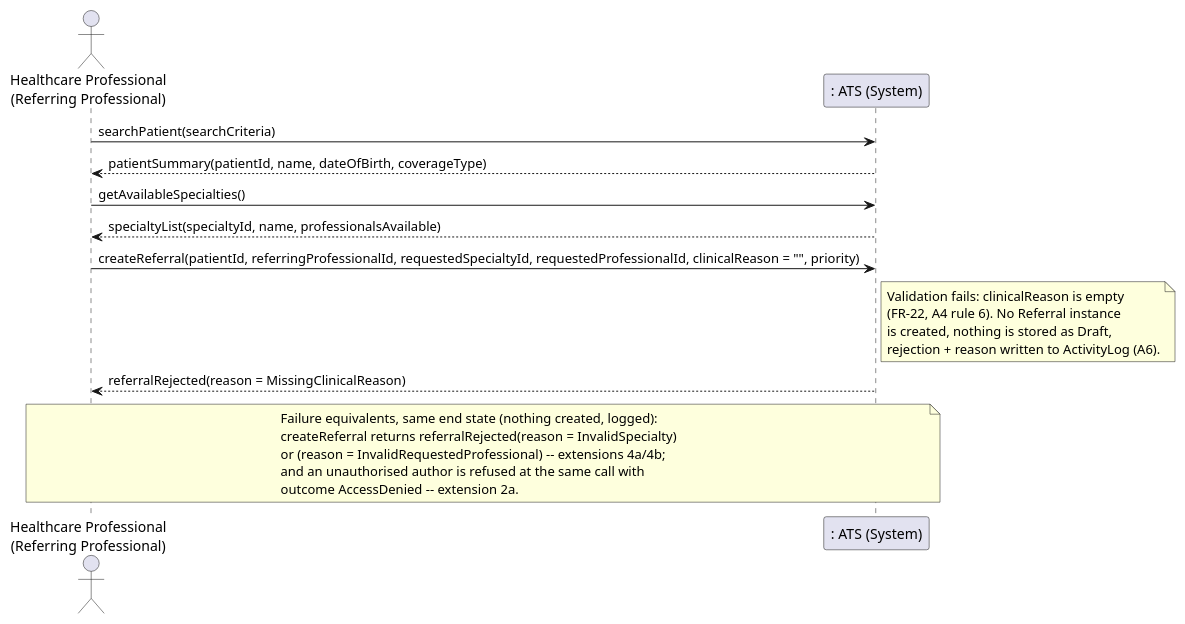
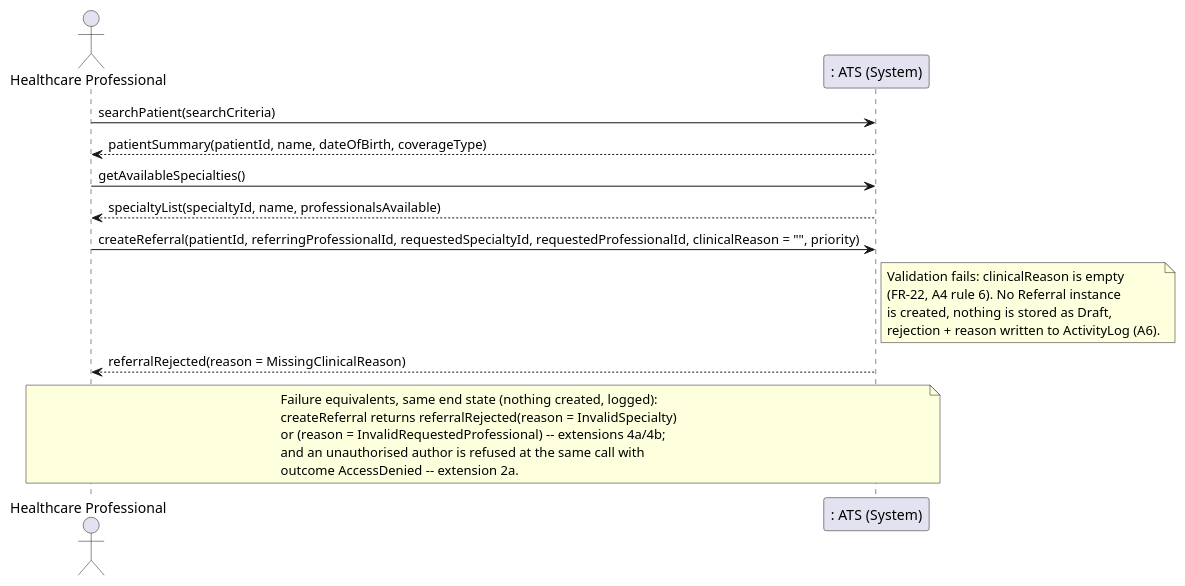
The second of 2 diagrams in reference-drafts/iteration-1/05-uc08-create-medical-referral.md (ArhamAkram/SOEN342-project), drawn with PlantUML before and after one commit. The commit also changed other lines of this file, not shown here.

````diff
--- a/reference-drafts/iteration-1/05-uc08-create-medical-referral.md
+++ b/reference-drafts/iteration-1/05-uc08-create-medical-referral.md
@@ -147,29 +147,29 @@
 ```plantuml
 @startuml
-actor "Healthcare Professional\n(Referring Professional)" as Actor
+actor "Healthcare Professional" as Actor
 participant ": ATS (System)" as System
 
 Actor -> System : searchPatient(searchCriteria)
 System --> Actor : patientSummary(patientId, name, dateOfBirth, coverageType)
 
 Actor -> System : getAvailableSpecialties()
 System --> Actor : specialtyList(specialtyId, name, professionalsAvailable)
 
 Actor -> System : createReferral(patientId, referringProfessionalId, requestedSpecialtyId, requestedProfessionalId, clinicalReason = "", priority)
 note right of System
   Validation fails: clinicalReason is empty
   (FR-22, A4 rule 6). No Referral instance
   is created, nothing is stored as Draft,
   rejection + reason written to ActivityLog (A6).
 end note
 System --> Actor : referralRejected(reason = MissingClinicalReason)
 
 note over Actor, System
   Failure equivalents, same end state (nothing created, logged):
   createReferral returns referralRejected(reason = InvalidSpecialty)
   or (reason = InvalidRequestedProfessional) -- extensions 4a/4b;
   and an unauthorised author is refused at the same call with
   outcome AccessDenied -- extension 2a.
 end note
 @enduml
 ```
````
